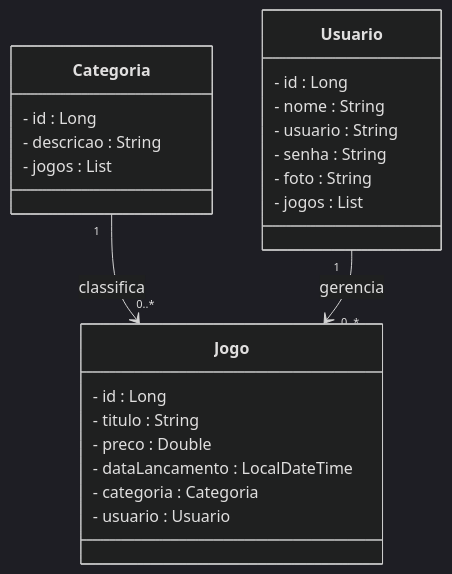
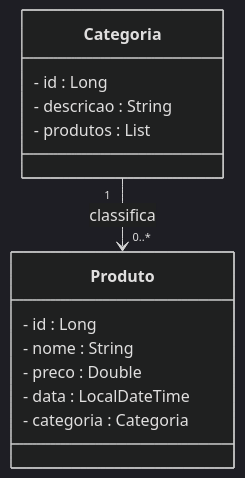
One commit to JuniorReis-dev/Loja_de_Games changed the first of 2 diagrams in README.md. Above: the diagram before and after it, drawn with Mermaid (dark theme). The commit also changed other lines of this file, not shown here.

````diff
--- a/README.md
+++ b/README.md
@@ -158,26 +69,16 @@
 ```mermaid
 classDiagram
-class Jogo {
+class Produto {
   - id : Long
-  - titulo : String
+  - nome : String
   - preco : Double
-  - dataLancamento : LocalDateTime
+  - data : LocalDateTime
   - categoria : Categoria
-  - usuario : Usuario
 }
 class Categoria {
   - id : Long
   - descricao : String
-  - jogos : List<Jogo>
+  - produtos : List<Produto>
 }
-class Usuario {
-  - id : Long
-  - nome : String
-  - usuario : String
-  - senha : String
-  - foto : String
-  - jogos : List<Jogo>
-}
-Categoria "1" --> "0..*" Jogo : classifica
-Usuario "1" --> "0..*" Jogo : gerencia
+Categoria "1" --> "0..*" Produto : classifica
 ```
````
